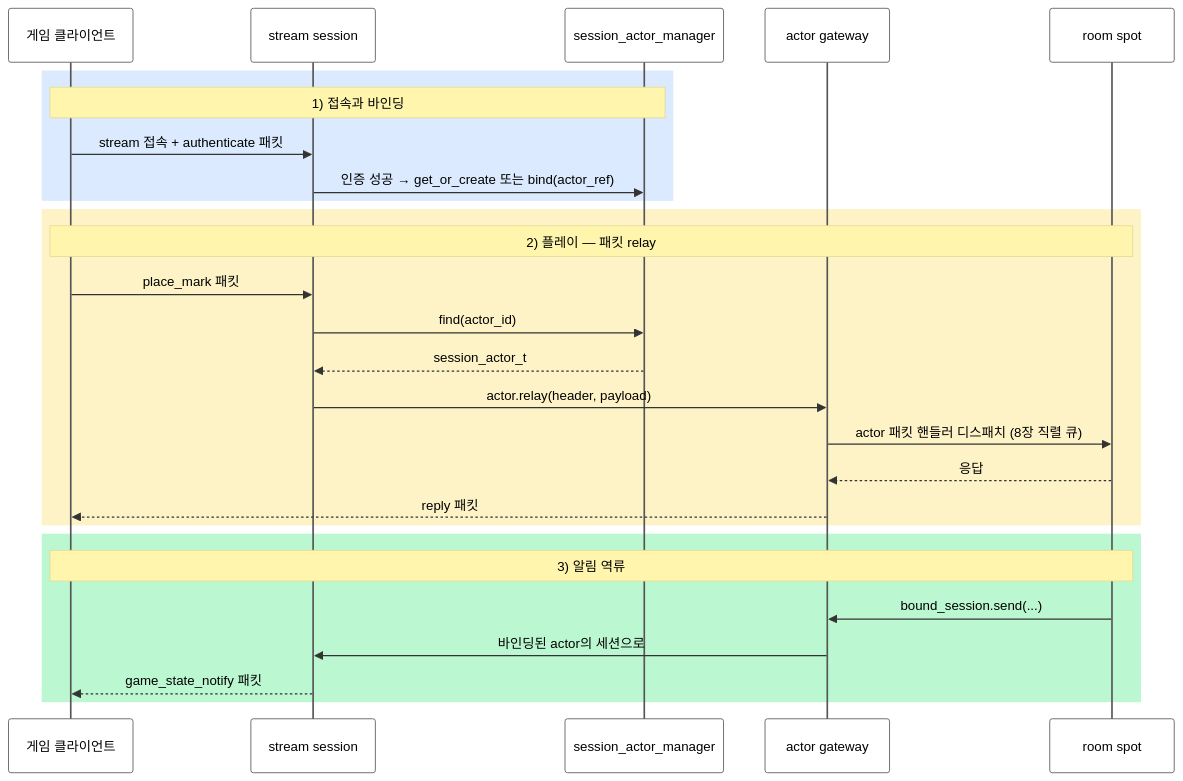
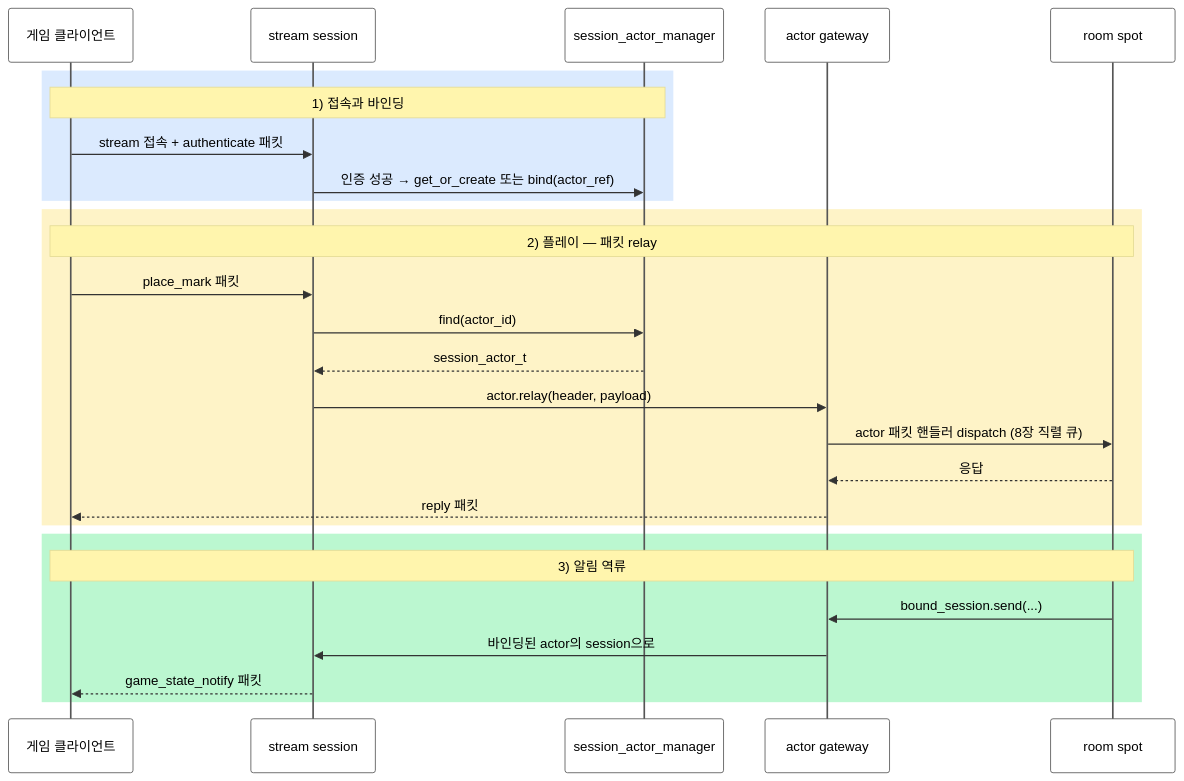
Before and after one commit to kairos-code-dev/zlink: the diagram in framework/doc/framework/cpp/guide/09-actor-session.ko.md, drawn with Mermaid. The commit also changed other lines of this file and 5 other files, not shown here.

````diff
--- a/framework/doc/framework/cpp/guide/09-actor-session.ko.md
+++ b/framework/doc/framework/cpp/guide/09-actor-session.ko.md
@@ -12,33 +12,33 @@
 ```mermaid
 %%{init: {'theme': 'base', 'themeVariables': {'signalTextColor': '#000000', 'actorTextColor': '#000000', 'noteTextColor': '#000000', 'actorBkg': '#ffffff', 'actorBorder': '#555555', 'activationBorderColor': '#555555'}}}%%
 sequenceDiagram
     participant C as 게임 클라이언트
     participant SS as stream session
     participant AM as session_actor_manager
     participant GW as actor gateway
     participant SP as room spot
 
     rect rgb(219, 234, 254)
     Note over C,AM: 1) 접속과 바인딩
     C->>SS: stream 접속 + authenticate 패킷
     SS->>AM: 인증 성공 → get_or_create 또는 bind(actor_ref)
     end
 
     rect rgb(254, 243, 199)
     Note over C,SP: 2) 플레이 — 패킷 relay
     C->>SS: place_mark 패킷
     SS->>AM: find(actor_id)
     AM-->>SS: session_actor_t
     SS->>GW: actor.relay(header, payload)
-    GW->>SP: actor 패킷 핸들러 디스패치 (8장 직렬 큐)
+    GW->>SP: actor 패킷 핸들러 dispatch (8장 직렬 큐)
     SP-->>GW: 응답
     GW-->>C: reply 패킷
     end
 
     rect rgb(187, 247, 208)
     Note over SP,C: 3) 알림 역류
     SP->>GW: bound_session.send(...)
-    GW->>SS: 바인딩된 actor의 세션으로
+    GW->>SS: 바인딩된 actor의 session으로
     SS-->>C: game_state_notify 패킷
     end
 ```
````
